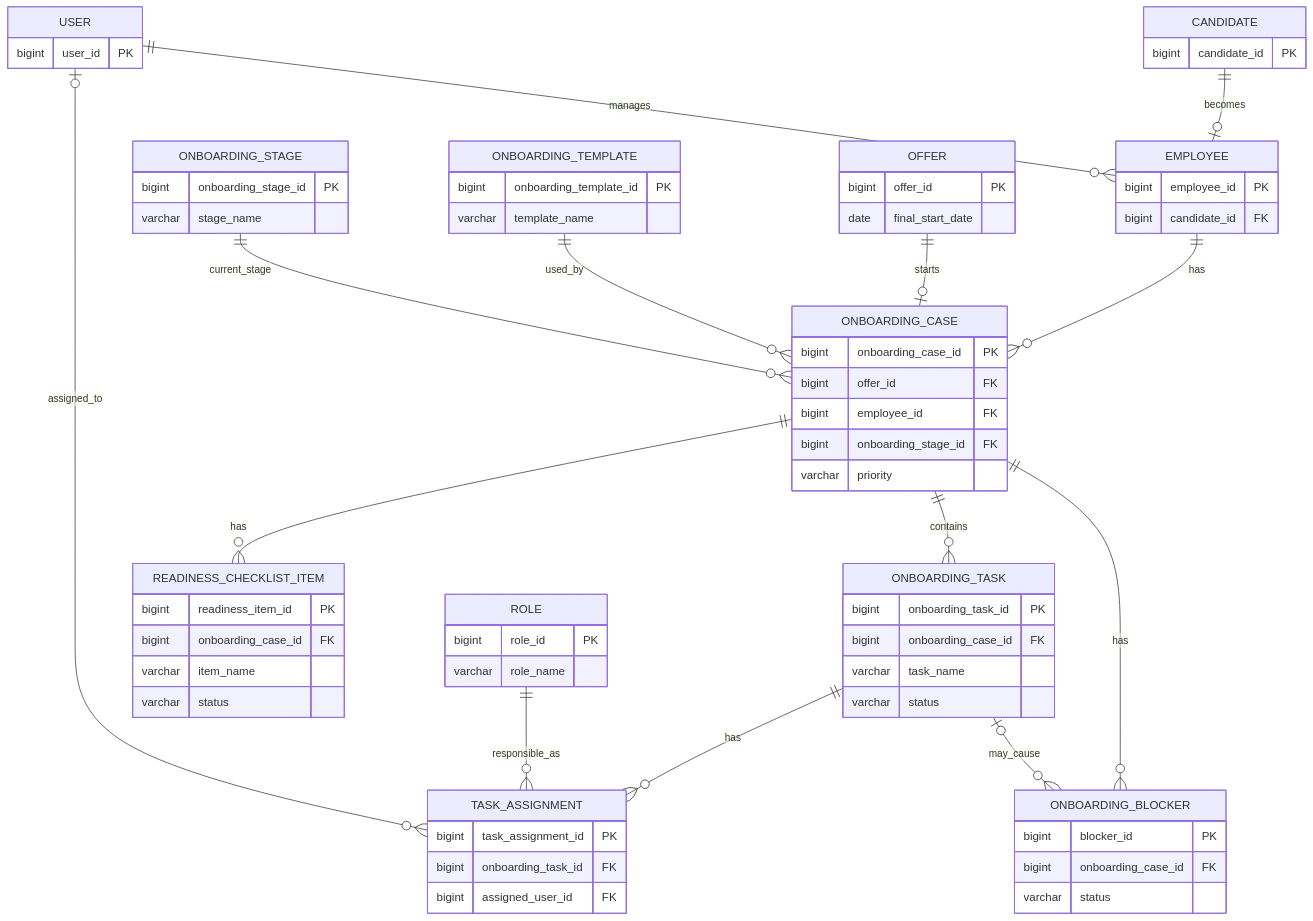
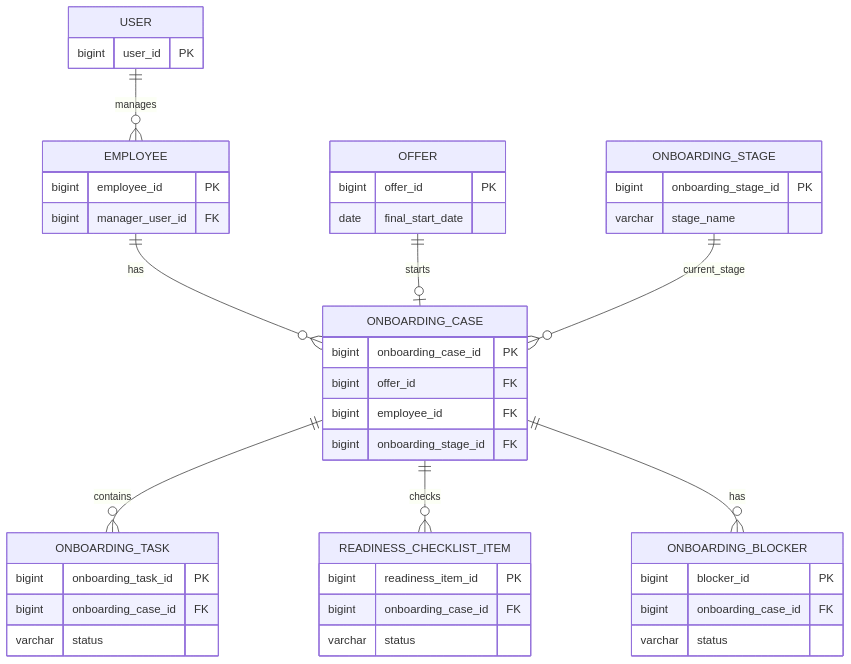
The fifth of 7 diagrams in docs/README.md (Huy1801214/HR), drawn with Mermaid before and after one commit. The commit also changed other lines of this file, not shown here.

Commit message:
dd HR platform onboarding documentation and entity relationship diagrams

````diff
--- a/docs/README.md
+++ b/docs/README.md
@@ -316,23 +297,18 @@
 ```mermaid
 erDiagram
-
-    CANDIDATE {
-        bigint candidate_id PK
-    }
 
     OFFER {
         bigint offer_id PK
         date final_start_date
     }
 
+    USER {
+        bigint user_id PK
+    }
+
     EMPLOYEE {
         bigint employee_id PK
-        bigint candidate_id FK
-    }
-
-    ONBOARDING_TEMPLATE {
-        bigint onboarding_template_id PK
-        varchar template_name
+        bigint manager_user_id FK
     }
 
     ONBOARDING_STAGE {
@@ -345,26 +321,17 @@
         bigint offer_id FK
         bigint employee_id FK
         bigint onboarding_stage_id FK
-        varchar priority
     }
 
     ONBOARDING_TASK {
         bigint onboarding_task_id PK
         bigint onboarding_case_id FK
-        varchar task_name
         varchar status
-    }
-
-    TASK_ASSIGNMENT {
-        bigint task_assignment_id PK
-        bigint onboarding_task_id FK
-        bigint assigned_user_id FK
     }
 
     READINESS_CHECKLIST_ITEM {
         bigint readiness_item_id PK
         bigint onboarding_case_id FK
-        varchar item_name
         varchar status
     }
 
@@ -374,26 +341,18 @@
         varchar status
     }
 
-    USER {
-        bigint user_id PK
-    }
 
-    ROLE {
-        bigint role_id PK
-        varchar role_name
-    }
+    USER ||--o{ EMPLOYEE : manages
 
-    CANDIDATE ||--o| EMPLOYEE : becomes
-    USER ||--o{ EMPLOYEE : manages
     EMPLOYEE ||--o{ ONBOARDING_CASE : has
+
     OFFER ||--o| ONBOARDING_CASE : starts
-    ONBOARDING_TEMPLATE ||--o{ ONBOARDING_CASE : used_by
+
     ONBOARDING_STAGE ||--o{ ONBOARDING_CASE : current_stage
+
     ONBOARDING_CASE ||--o{ ONBOARDING_TASK : contains
-    ONBOARDING_TASK ||--o{ TASK_ASSIGNMENT : has
-    ROLE ||--o{ TASK_ASSIGNMENT : responsible_as
-    USER o|--o{ TASK_ASSIGNMENT : assigned_to
-    ONBOARDING_CASE ||--o{ READINESS_CHECKLIST_ITEM : has
+
+    ONBOARDING_CASE ||--o{ READINESS_CHECKLIST_ITEM : checks
+
     ONBOARDING_CASE ||--o{ ONBOARDING_BLOCKER : has
-    ONBOARDING_TASK o|--o{ ONBOARDING_BLOCKER : may_cause
 ```
````
